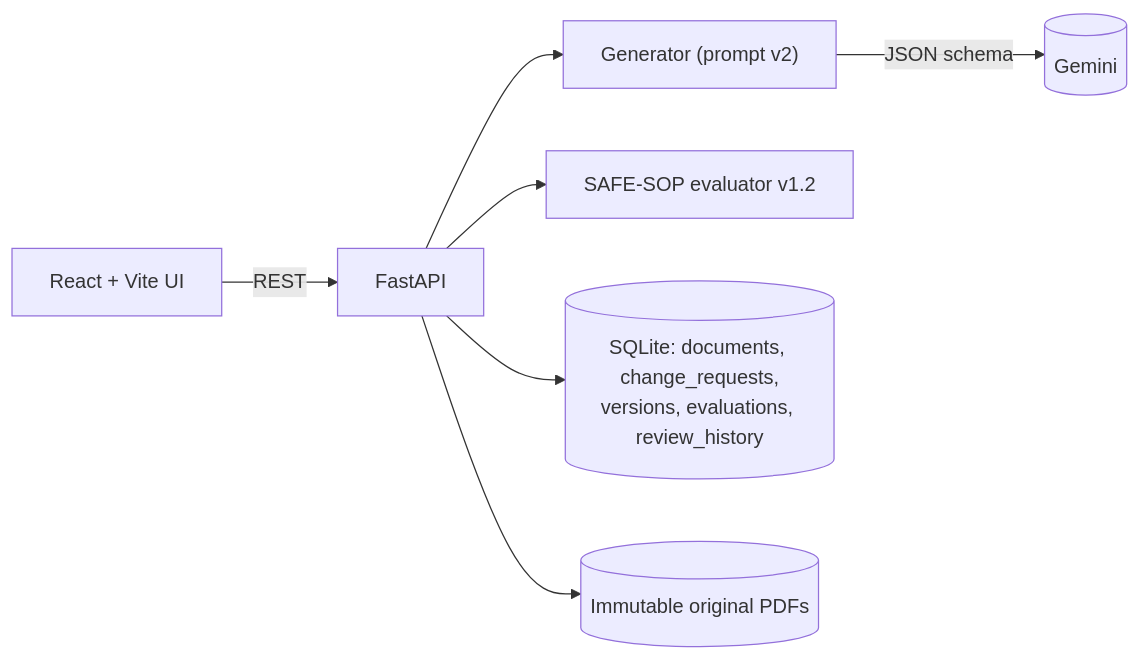
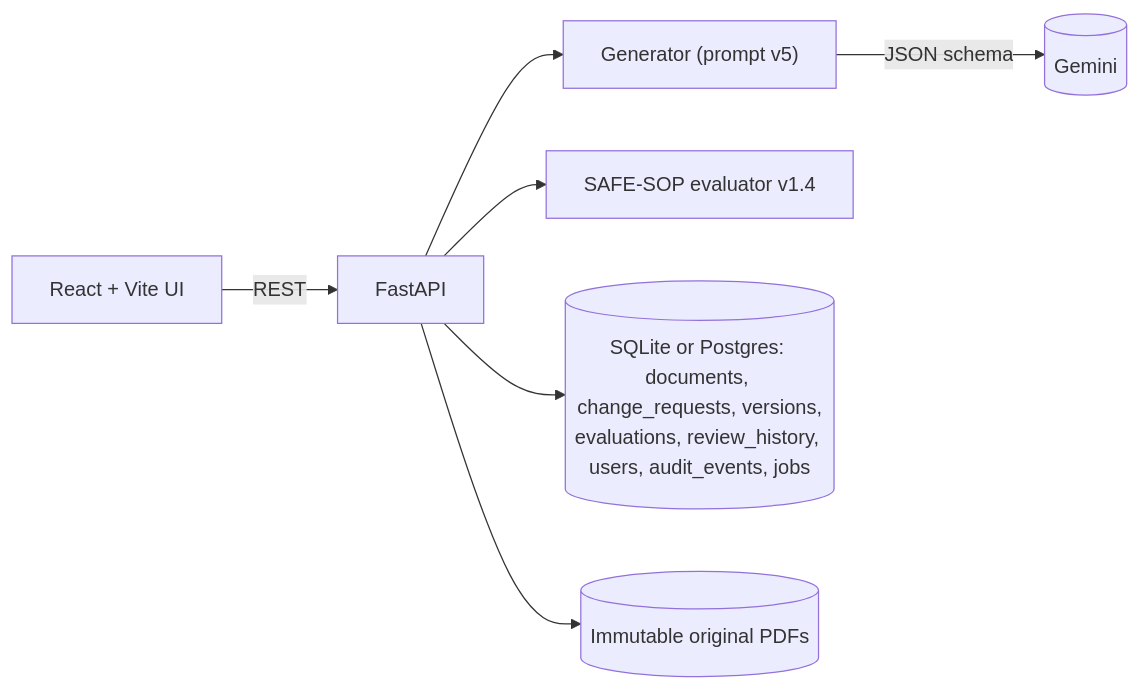
Before and after one commit to Arjun-glitch66/SafeSOP-AI: the diagram in research_logbook/CAPSTONE_REPORT.md, drawn with Mermaid. The commit also changed other lines of this file and 57 other files, not shown here.

First line of the commit message:
Finalize SafeSOP AI capstone implementation and verification

````diff
--- a/research_logbook/CAPSTONE_REPORT.md
+++ b/research_logbook/CAPSTONE_REPORT.md
@@ -25,8 +25,8 @@
 ```mermaid
 flowchart LR
     UI["React + Vite UI"] -->|REST| API["FastAPI"]
-    API --> GEN["Generator (prompt v2)"] -->|JSON schema| GEM[("Gemini")]
-    API --> EVAL["SAFE-SOP evaluator v1.2"]
-    API --> DB[("SQLite: documents, change_requests,<br/>versions, evaluations, review_history")]
+    API --> GEN["Generator (prompt v5)"] -->|JSON schema| GEM[("Gemini")]
+    API --> EVAL["SAFE-SOP evaluator v1.4"]
+    API --> DB[("SQLite or Postgres: documents, change_requests, versions,<br/>evaluations, review_history, users, audit_events, jobs")]
     API --> FILES[("Immutable original PDFs")]
 ```
````
